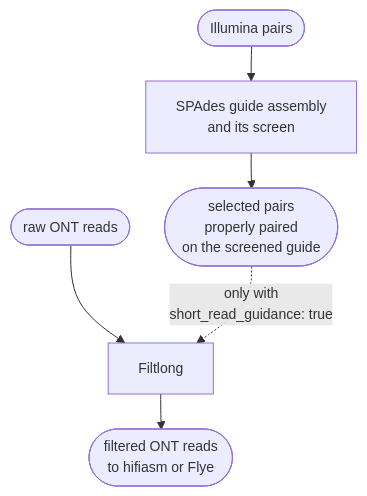
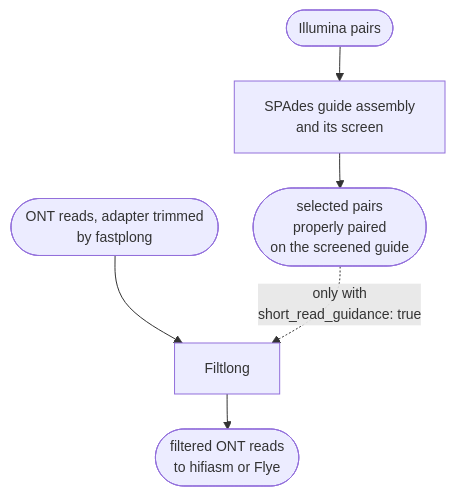
The diagram in docs/methods/filtlong-guidance.md (iLivius/FunFlux), drawn with Mermaid before and after one commit. The commit also changed other lines of this file and 25 other files, not shown here.

````diff
--- a/docs/methods/filtlong-guidance.md
+++ b/docs/methods/filtlong-guidance.md
@@ -13,16 +13,16 @@
 ```mermaid
 ---
 config:
   themeVariables:
     fontSize: 14px
   flowchart:
     nodeSpacing: 35
     rankSpacing: 35
 ---
 flowchart TD
     IL([Illumina pairs]) --> G[SPAdes guide assembly<br/>and its screen]
     G --> SEL([selected pairs<br/>properly paired<br/>on the screened guide])
-    ONT([raw ONT reads]) --> F[Filtlong]
+    ONT([ONT reads, adapter trimmed<br/>by fastplong]) --> F[Filtlong]
     SEL -.->|"only with<br/>short_read_guidance: true"| F
     F --> OUT([filtered ONT reads<br/>to hifiasm or Flye])
 ```
````
